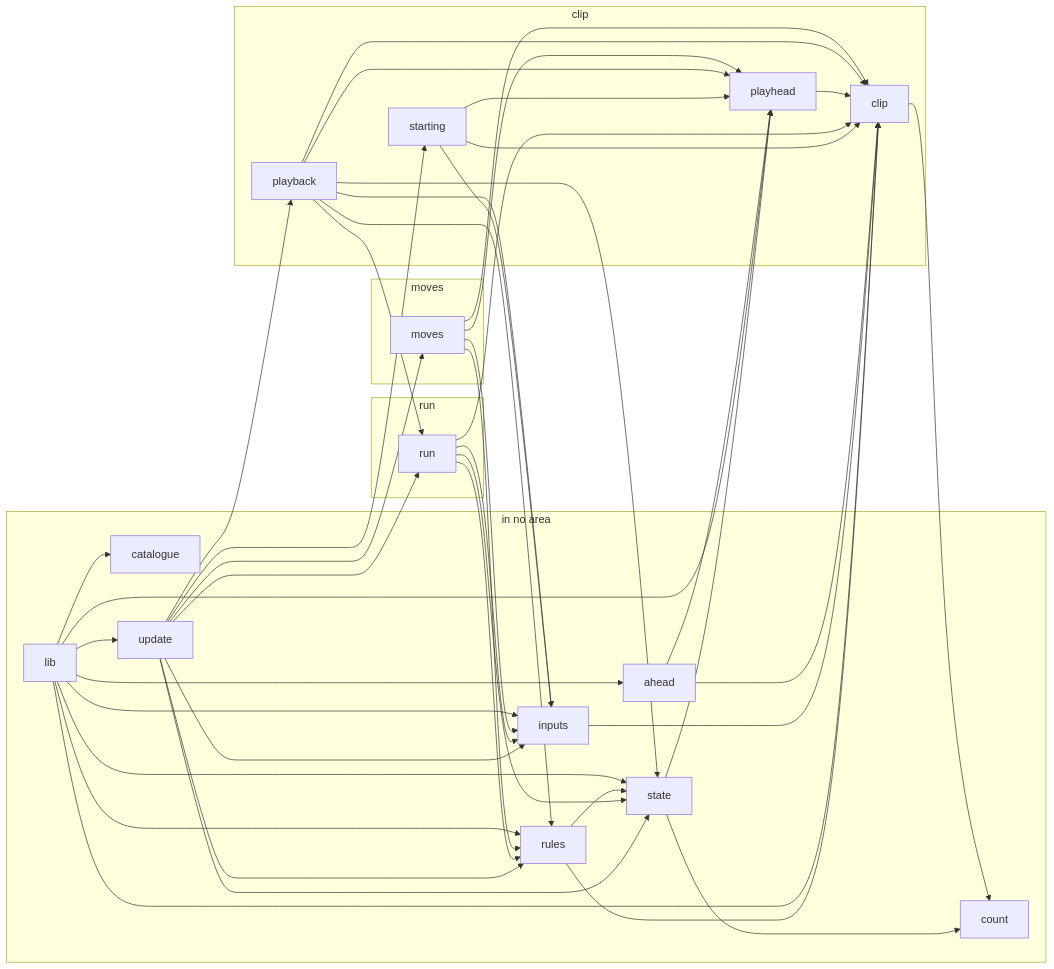
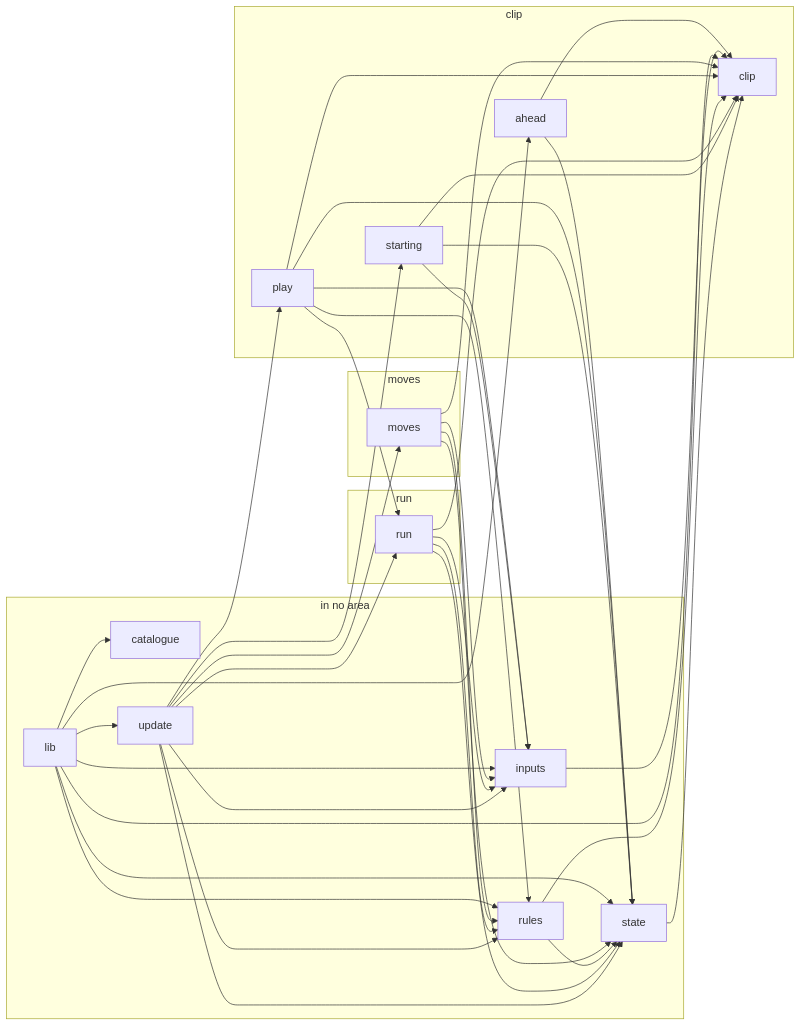
Before and after one commit to JimLundin/sm-decomp: the seventh of 7 diagrams in docs/REPORT.md, drawn with Mermaid. The commit also changed other lines of this file and 25 other files, not shown here.

````diff
--- a/docs/REPORT.md
+++ b/docs/REPORT.md
@@ -1312,66 +1305,59 @@
 ```mermaid
 graph LR
   subgraph a_in_no_area["in no area"]
-    m_ahead["ahead"]
     m_catalogue["catalogue"]
-    m_count["count"]
     m_inputs["inputs"]
     m_lib["lib"]
     m_rules["rules"]
     m_state["state"]
     m_update["update"]
   end
   subgraph a_clip["clip"]
+    m_ahead["ahead"]
     m_clip["clip"]
-    m_playback["playback"]
-    m_playhead["playhead"]
+    m_play["play"]
     m_starting["starting"]
   end
   subgraph a_moves["moves"]
     m_moves["moves"]
   end
   subgraph a_run["run"]
     m_run["run"]
   end
   m_ahead --> m_clip
-  m_ahead --> m_playhead
-  m_clip --> m_count
+  m_ahead --> m_state
   m_inputs --> m_clip
   m_lib --> m_ahead
   m_lib --> m_catalogue
   m_lib --> m_clip
   m_lib --> m_inputs
-  m_lib --> m_playhead
   m_lib --> m_rules
   m_lib --> m_state
   m_lib --> m_update
   m_moves --> m_clip
   m_moves --> m_inputs
-  m_moves --> m_playhead
   m_moves --> m_rules
-  m_playback --> m_clip
-  m_playback --> m_inputs
-  m_playback --> m_playhead
-  m_playback --> m_rules
-  m_playback --> m_run
-  m_playback --> m_state
-  m_playhead --> m_clip
+  m_moves --> m_state
+  m_play --> m_clip
+  m_play --> m_inputs
+  m_play --> m_rules
+  m_play --> m_run
+  m_play --> m_state
   m_rules --> m_clip
   m_rules --> m_state
   m_run --> m_clip
   m_run --> m_inputs
   m_run --> m_rules
   m_run --> m_state
   m_starting --> m_clip
   m_starting --> m_inputs
-  m_starting --> m_playhead
-  m_state --> m_count
-  m_state --> m_playhead
+  m_starting --> m_state
+  m_state --> m_clip
   m_update --> m_inputs
   m_update --> m_moves
-  m_update --> m_playback
+  m_update --> m_play
   m_update --> m_rules
   m_update --> m_run
   m_update --> m_starting
   m_update --> m_state
 ```
````
